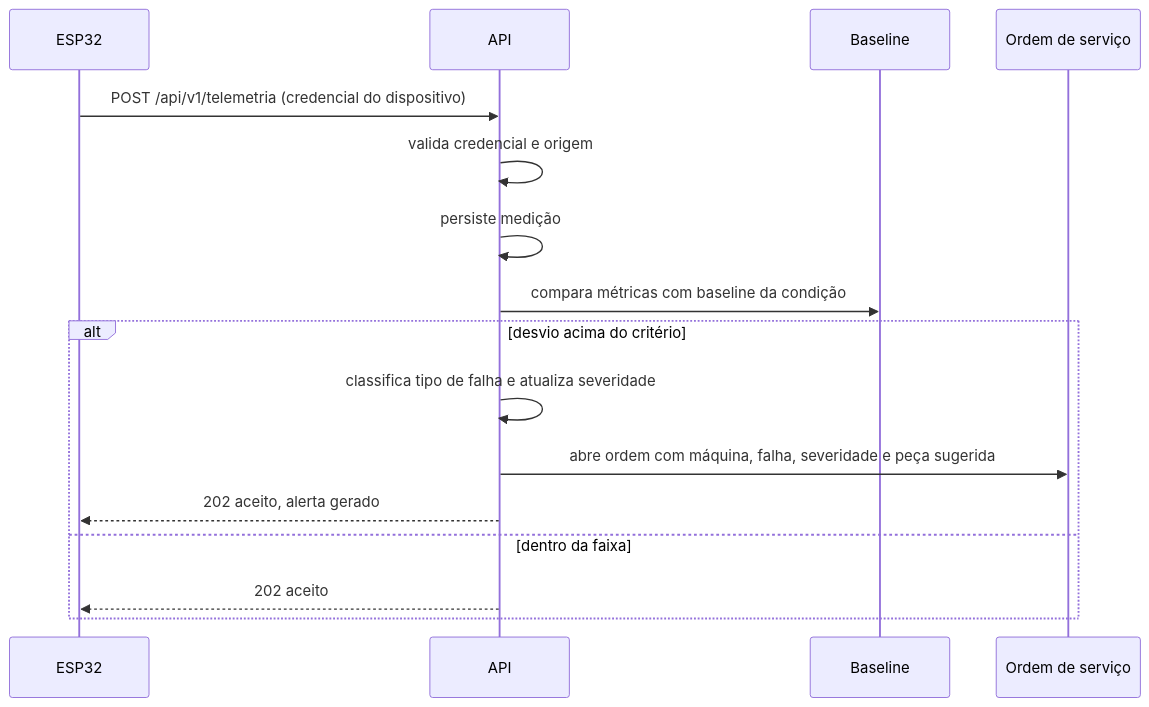
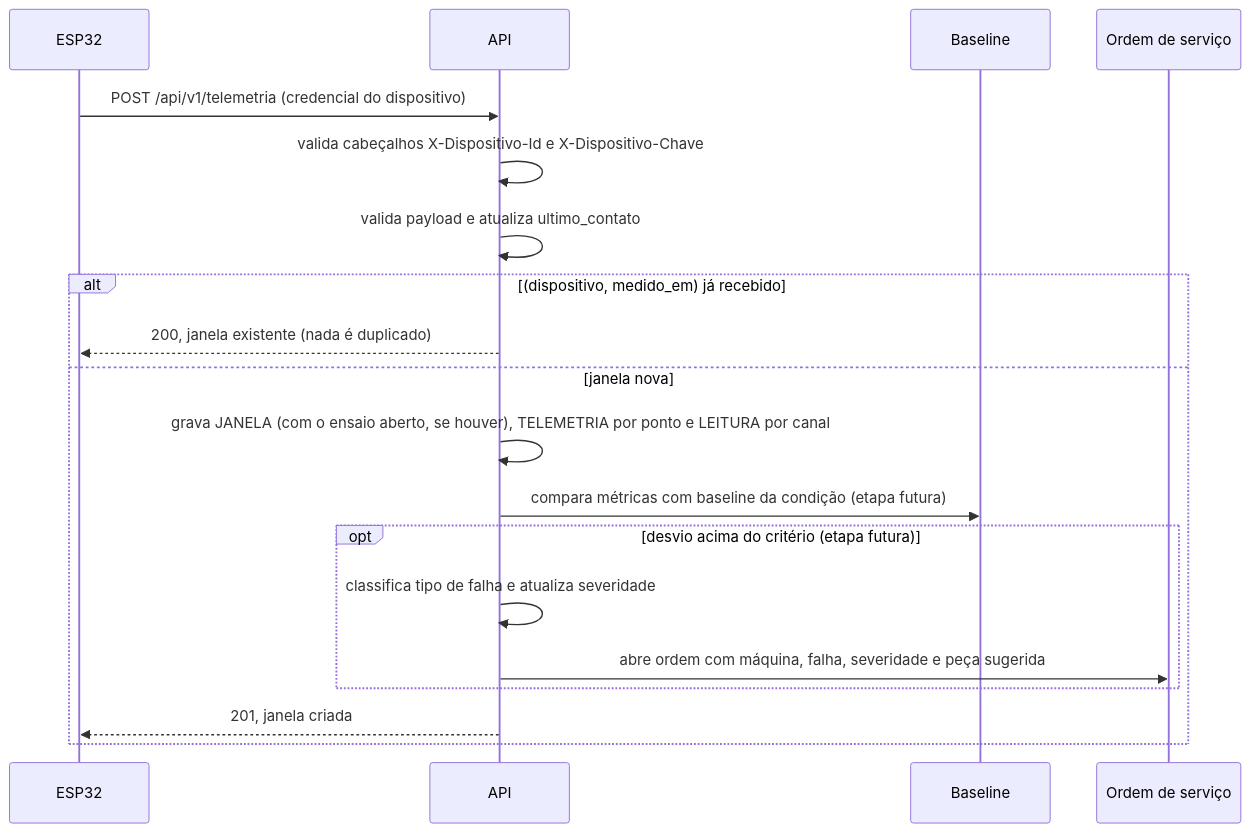
Before and after one commit to Leo5300/predictspin: the second of 2 diagrams in docs/arquitetura.md, drawn with Mermaid. The commit also changed other lines of this file and 54 other files, not shown here.

````diff
--- a/docs/arquitetura.md
+++ b/docs/arquitetura.md
@@ -70,18 +72,21 @@
 ```mermaid
 sequenceDiagram
     participant D as ESP32
     participant A as API
     participant B as Baseline
     participant O as Ordem de serviço
     D->>A: POST /api/v1/telemetria (credencial do dispositivo)
-    A->>A: valida credencial e origem
-    A->>A: persiste medição
-    A->>B: compara métricas com baseline da condição
-    alt desvio acima do critério
-        A->>A: classifica tipo de falha e atualiza severidade
-        A->>O: abre ordem com máquina, falha, severidade e peça sugerida
-        A-->>D: 202 aceito, alerta gerado
-    else dentro da faixa
-        A-->>D: 202 aceito
+    A->>A: valida cabeçalhos X-Dispositivo-Id e X-Dispositivo-Chave
+    A->>A: valida payload e atualiza ultimo_contato
+    alt (dispositivo, medido_em) já recebido
+        A-->>D: 200, janela existente (nada é duplicado)
+    else janela nova
+        A->>A: grava JANELA (com o ensaio aberto, se houver), TELEMETRIA por ponto e LEITURA por canal
+        A->>B: compara métricas com baseline da condição (etapa futura)
+        opt desvio acima do critério (etapa futura)
+            A->>A: classifica tipo de falha e atualiza severidade
+            A->>O: abre ordem com máquina, falha, severidade e peça sugerida
+        end
+        A-->>D: 201, janela criada
     end
 ```
````
